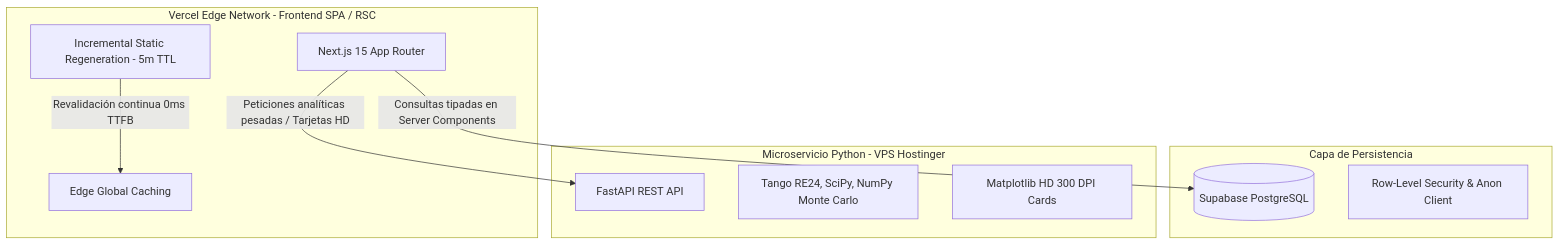
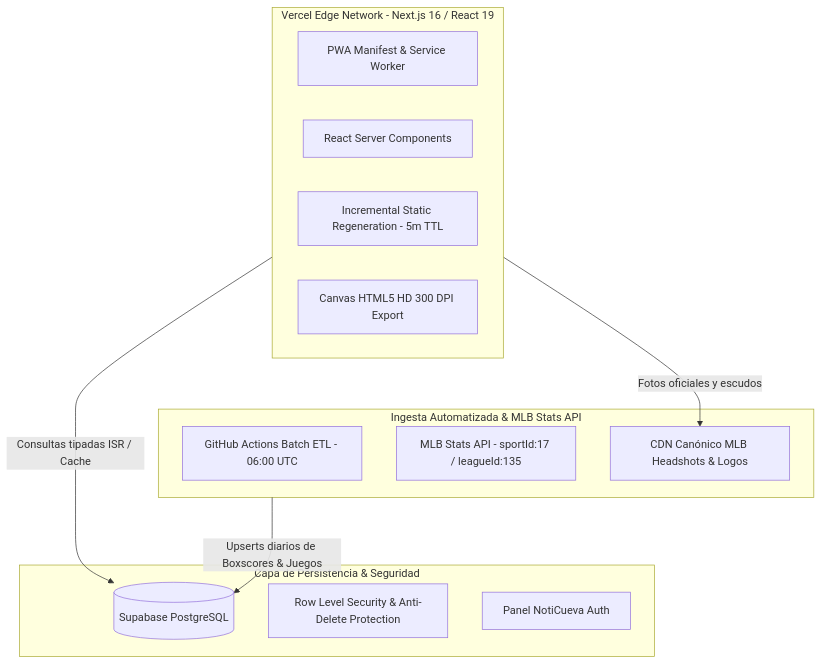
Before and after one commit to jloreto9/republicaraquista-web: the diagram in README.md, drawn with Mermaid. The commit also changed other lines of this file, not shown here.

Commit message:
docs: actualizar README.md con arquitectura completa, 13 vistas y seguridad RLS

````diff
--- a/README.md
+++ b/README.md
@@ -13,23 +17,25 @@
 ```mermaid
 flowchart TD
-    subgraph Vercel_Edge [Vercel Edge Network - Frontend SPA / RSC]
-        UI[Next.js 15 App Router]
+    subgraph Edge_Frontend [Vercel Edge Network - Next.js 16 / React 19]
+        PWA[PWA Manifest & Service Worker]
+        RSC[React Server Components]
         ISR[Incremental Static Regeneration - 5m TTL]
-        CDN[Edge Global Caching]
+        Canvas[Canvas HTML5 HD 300 DPI Export]
     end
 
-    subgraph Data_Layer [Capa de Persistencia]
-        Supa[(Supabase PostgreSQL)]
-        Auth[Row-Level Security & Anon Client]
+    subgraph Persistence_Layer [Capa de Persistencia & Seguridad]
+        Supabase[(Supabase PostgreSQL)]
+        RLS[Row Level Security & Anti-Delete Protection]
+        AdminAuth[Panel NotiCueva Auth]
     end
 
-    subgraph Analytical_Engine [Microservicio Python - VPS Hostinger]
-        FastAPI[FastAPI REST API]
-        Math[Tango RE24, SciPy, NumPy Monte Carlo]
-        Cards[Matplotlib HD 300 DPI Cards]
+    subgraph Data_Pipeline [Ingesta Automatizada & MLB Stats API]
+        Cron[GitHub Actions Batch ETL - 06:00 UTC]
+        MLBAPI[MLB Stats API - sportId:17 / leagueId:135]
+        CDN[CDN Canónico MLB Headshots & Logos]
     end
 
-    UI -->|Consultas tipadas en Server Components| Supa
-    UI -->|Peticiones analíticas pesadas / Tarjetas HD| FastAPI
-    ISR -->|Revalidación continua 0ms TTFB| CDN
+    Edge_Frontend -->|Consultas tipadas ISR / Cache| Supabase
+    Data_Pipeline -->|Upserts diarios de Boxscores & Juegos| Supabase
+    Edge_Frontend -->|Fotos oficiales y escudos| CDN
 ```
````
